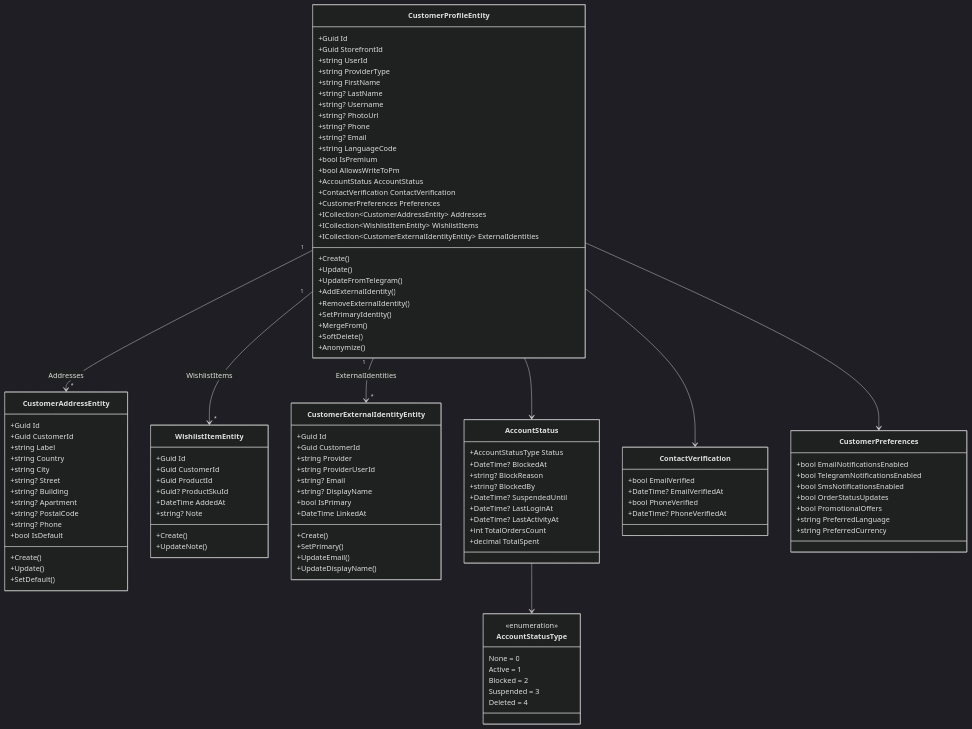
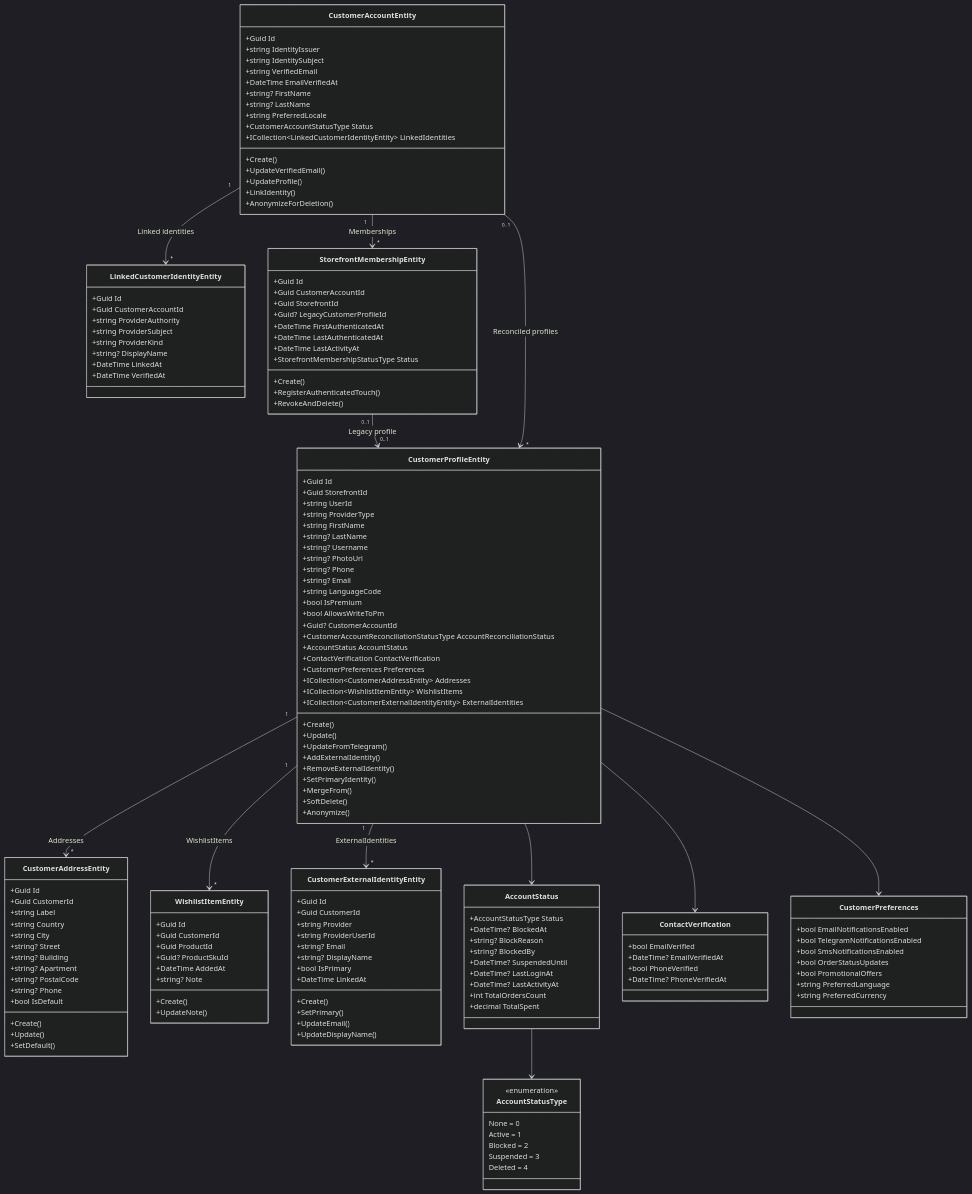
The diagram in docs/domain-model.md (GZDKH/DKH.CustomerService), drawn with Mermaid (dark theme) before and after one commit. The commit also changed other lines of this file and 10 other files, not shown here.

````diff
--- a/docs/domain-model.md
+++ b/docs/domain-model.md
@@ -9,5 +14,48 @@
 ```mermaid
 classDiagram
+    class CustomerAccountEntity {
+        +Guid Id
+        +string IdentityIssuer
+        +string IdentitySubject
+        +string VerifiedEmail
+        +DateTime EmailVerifiedAt
+        +string? FirstName
+        +string? LastName
+        +string PreferredLocale
+        +CustomerAccountStatusType Status
+        +ICollection~LinkedCustomerIdentityEntity~ LinkedIdentities
+        +Create()
+        +UpdateVerifiedEmail()
+        +UpdateProfile()
+        +LinkIdentity()
+        +AnonymizeForDeletion()
+    }
+
+    class LinkedCustomerIdentityEntity {
+        +Guid Id
+        +Guid CustomerAccountId
+        +string ProviderAuthority
+        +string ProviderSubject
+        +string ProviderKind
+        +string? DisplayName
+        +DateTime LinkedAt
+        +DateTime VerifiedAt
+    }
+
+    class StorefrontMembershipEntity {
+        +Guid Id
+        +Guid CustomerAccountId
+        +Guid StorefrontId
+        +Guid? LegacyCustomerProfileId
+        +DateTime FirstAuthenticatedAt
+        +DateTime LastAuthenticatedAt
+        +DateTime LastActivityAt
+        +StorefrontMembershipStatusType Status
+        +Create()
+        +RegisterAuthenticatedTouch()
+        +RevokeAndDelete()
+    }
+
     class CustomerProfileEntity {
         +Guid Id
         +Guid StorefrontId
@@ -22,6 +70,8 @@
         +string LanguageCode
         +bool IsPremium
         +bool AllowsWriteToPm
+        +Guid? CustomerAccountId
+        +CustomerAccountReconciliationStatusType AccountReconciliationStatus
         +AccountStatus AccountStatus
         +ContactVerification ContactVerification
         +CustomerPreferences Preferences
@@ -120,6 +170,10 @@
         Deleted = 4
     }
 
+    CustomerAccountEntity "1" --> "*" LinkedCustomerIdentityEntity : Linked identities
+    CustomerAccountEntity "1" --> "*" StorefrontMembershipEntity : Memberships
+    StorefrontMembershipEntity "0..1" --> "0..1" CustomerProfileEntity : Legacy profile
+    CustomerAccountEntity "0..1" --> "*" CustomerProfileEntity : Reconciled profiles
     CustomerProfileEntity "1" --> "*" CustomerAddressEntity : Addresses
     CustomerProfileEntity "1" --> "*" WishlistItemEntity : WishlistItems
     CustomerProfileEntity "1" --> "*" CustomerExternalIdentityEntity : ExternalIdentities
````
